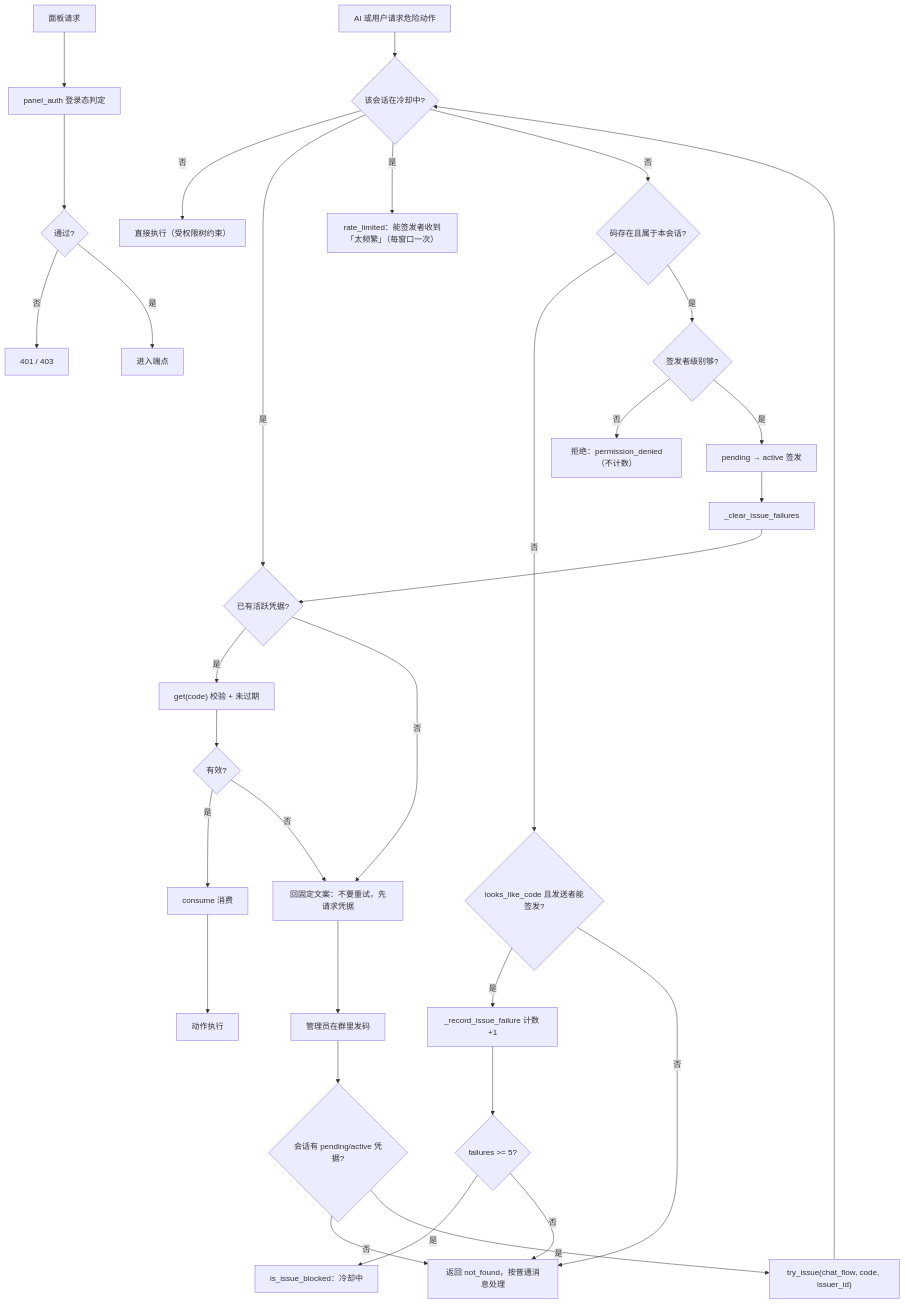
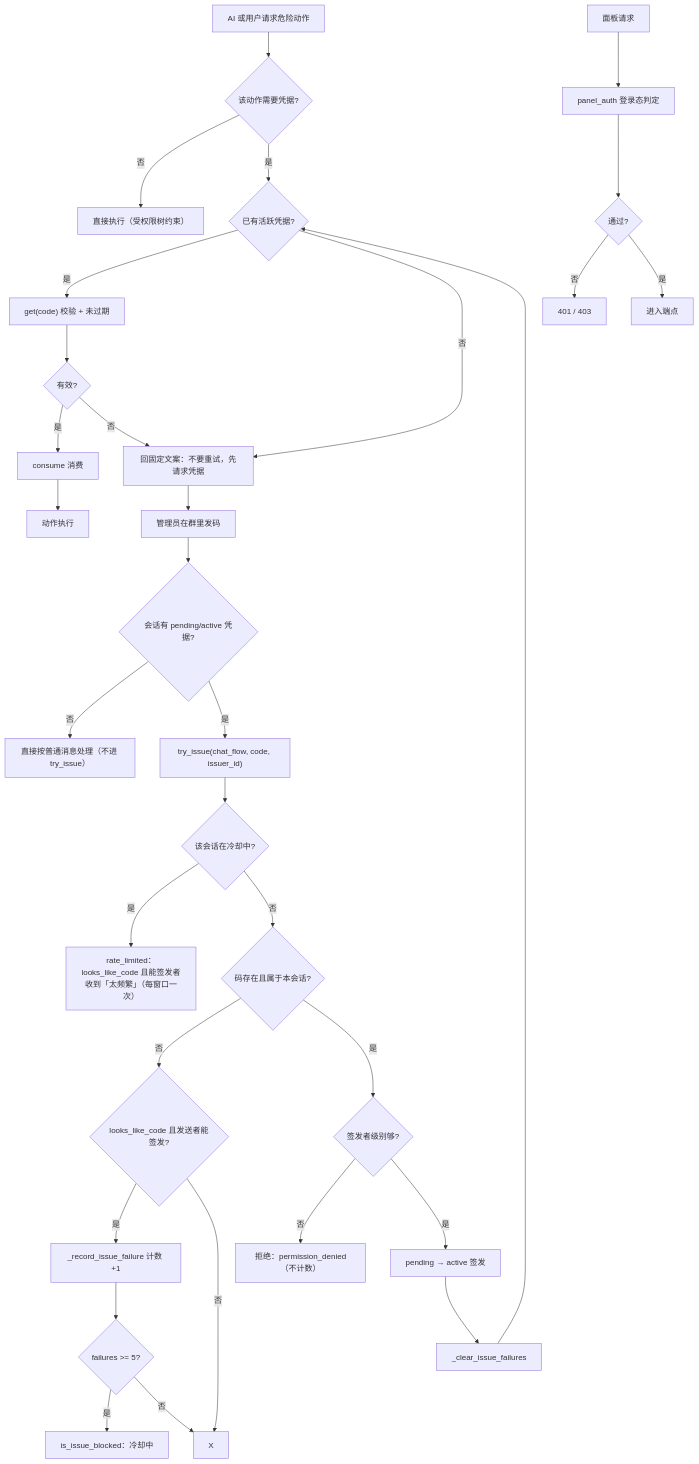
One commit to SuperQuail/NeoBot changed the first of 8 diagrams in docs/flow/19-credentials-security.md. Above: the diagram before and after it, drawn with Mermaid. The commit also changed other lines of this file and 2 other files, not shown here.

````diff
--- a/docs/flow/19-credentials-security.md
+++ b/docs/flow/19-credentials-security.md
@@ -27,34 +27,34 @@
 ```mermaid
 flowchart TD
     A["AI 或用户请求危险动作"] --> B{"该动作需要凭据?"}
     B -- 否 --> C["直接执行（受权限树约束）"]
     B -- 是 --> D{"已有活跃凭据?"}
     D -- 是 --> E["get(code) 校验 + 未过期"]
     E --> F{"有效?"}
     F -- 是 --> G["consume 消费"]
     G --> H["动作执行"]
     F -- 否 --> I["回固定文案：不要重试，先请求凭据"]
     D -- 否 --> I
     I --> J["管理员在群里发码"]
     J --> J1{"会话有 pending/active 凭据?"}
-    J1 -- 否 --> X["返回 not_found，按普通消息处理"]
+    J1 -- 否 --> X1["直接按普通消息处理（不进 try_issue）"]
     J1 -- 是 --> K["try_issue(chat_flow, code, issuer_id)"]
-    K --> B{"该会话在冷却中?"}
-    B -- 是 --> Z["rate_limited：能签发者收到「太频繁」（每窗口一次）"]
-    B -- 否 --> K1{"码存在且属于本会话?"}
+    K --> J2{"该会话在冷却中?"}
+    J2 -- 是 --> Z["rate_limited：looks_like_code 且能签发者收到「太频繁」（每窗口一次）"]
+    J2 -- 否 --> K1{"码存在且属于本会话?"}
     K1 -- 否 --> K2{"looks_like_code 且发送者能签发?"}
     K2 -- 是 --> K3["_record_issue_failure 计数 +1"]
     K2 -- 否 --> X
     K3 --> K4{"failures >= 5?"}
     K4 -- 是 --> O["is_issue_blocked：冷却中"]
     K4 -- 否 --> X
     K1 -- 是 --> L{"签发者级别够?"}
     L -- 否 --> M["拒绝：permission_denied（不计数）"]
     L -- 是 --> P["pending → active 签发"]
     P --> Q["_clear_issue_failures"]
     Q --> D
     R["面板请求"] --> S["panel_auth 登录态判定"]
     S --> T{"通过?"}
     T -- 否 --> U["401 / 403"]
     T -- 是 --> V["进入端点"]
 ```
````
